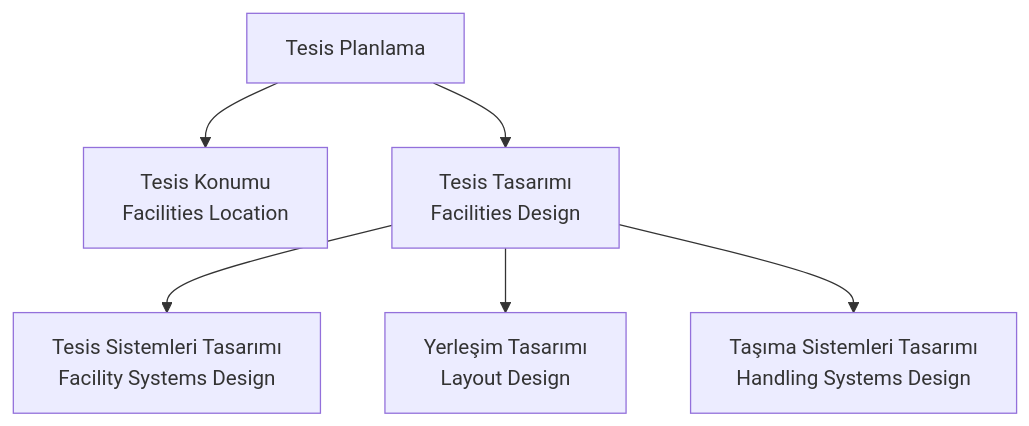
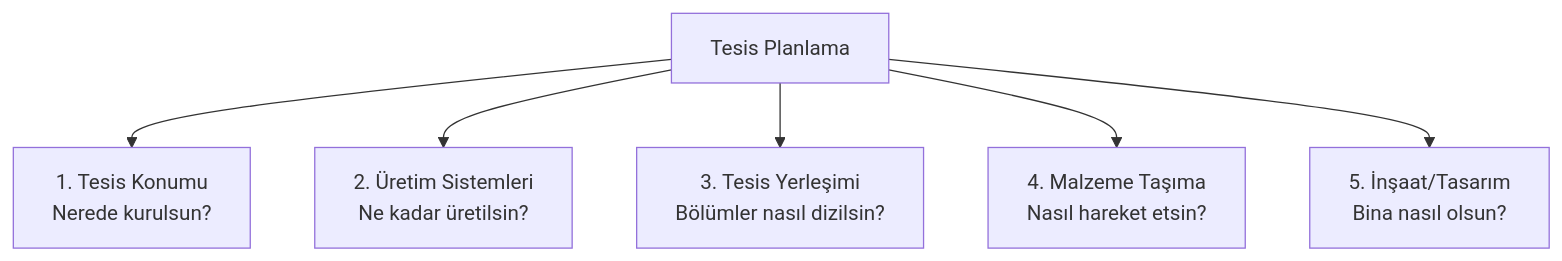
The first of 2 diagrams in src/ders-notlari/hf01.md (YGTKL16/tesis-planlama-notlari), drawn with Mermaid before and after one commit. The commit also changed other lines of this file and 26 other files, not shown here.

````diff
--- a/src/ders-notlari/hf01.md
+++ b/src/ders-notlari/hf01.md
@@ -26,9 +40,9 @@
 ```mermaid
 flowchart TD
   TP[Tesis Planlama]
-  TP --> KON[Tesis Konumu<br/>Facilities Location]
-  TP --> TAS[Tesis Tasarımı<br/>Facilities Design]
-  TAS --> SIS[Tesis Sistemleri Tasarımı<br/>Facility Systems Design]
-  TAS --> YER[Yerleşim Tasarımı<br/>Layout Design]
-  TAS --> HAN[Taşıma Sistemleri Tasarımı<br/>Handling Systems Design]
+  TP --> KON[1. Tesis Konumu<br/>Nerede kurulsun?]
+  TP --> SIS[2. Üretim Sistemleri<br/>Ne kadar üretilsin?]
+  TP --> YER[3. Tesis Yerleşimi<br/>Bölümler nasıl dizilsin?]
+  TP --> TAS[4. Malzeme Taşıma<br/>Nasıl hareket etsin?]
+  TP --> INS[5. İnşaat/Tasarım<br/>Bina nasıl olsun?]
 ```
````
